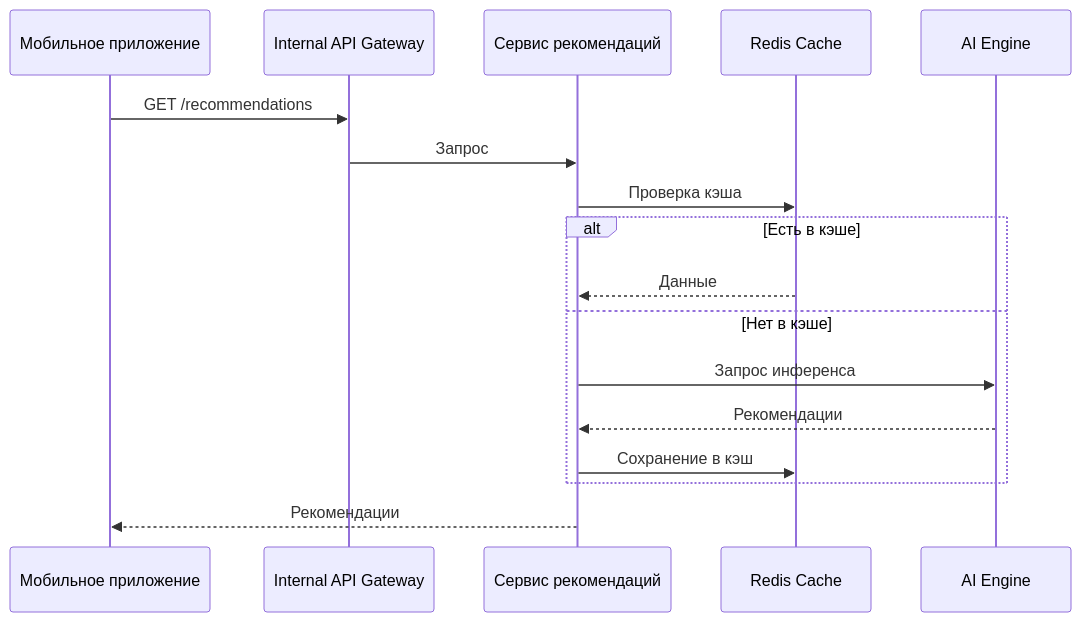
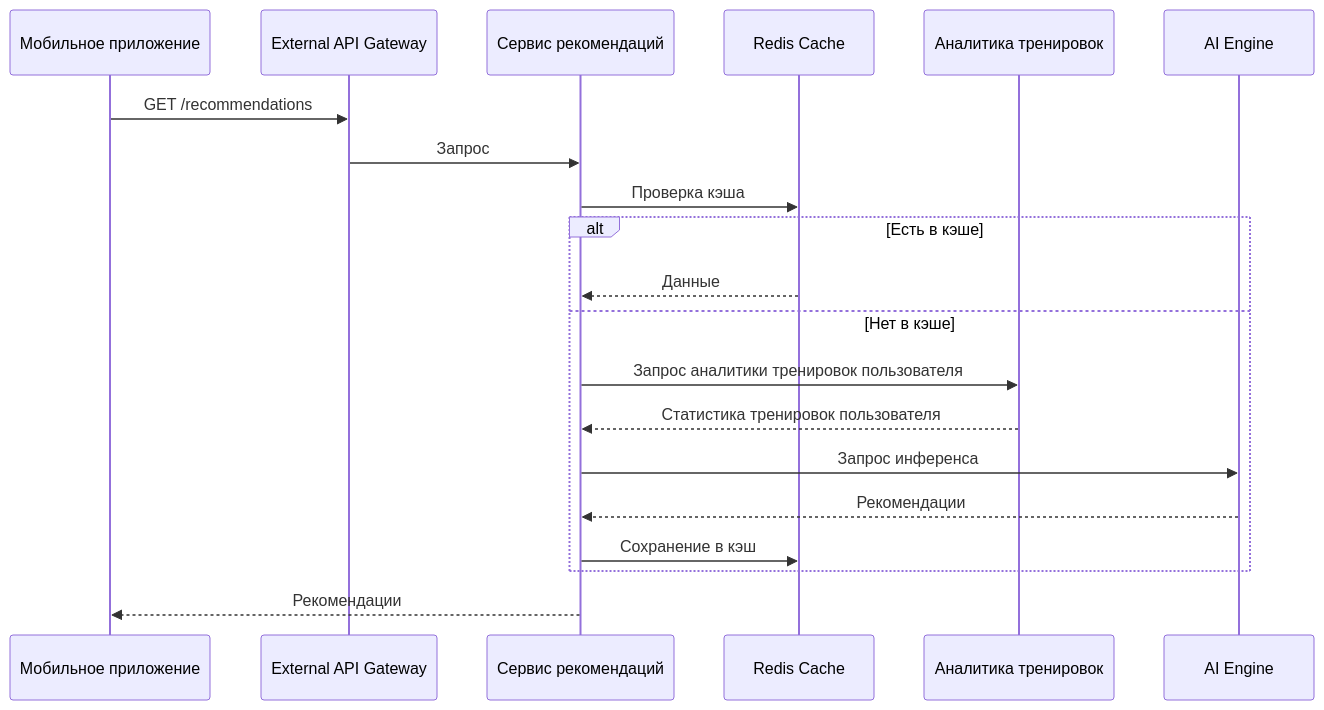
Before and after one commit to andreyantropov/architect-coursework: the diagram in architecture/application-usage-scenarios/personalized-recommendation-getting.md, drawn with Mermaid. The commit also changed 17 other files, not shown here.

````diff
--- a/architecture/application-usage-scenarios/personalized-recommendation-getting.md
+++ b/architecture/application-usage-scenarios/personalized-recommendation-getting.md
@@ -3,20 +3,23 @@
 ```mermaid
 sequenceDiagram
     participant M as Мобильное приложение
-    participant A as Internal API Gateway
+    participant A as External API Gateway
     participant R as Сервис рекомендаций
     participant C as Redis Cache
+    participant TA as Аналитика тренировок
     participant AI as AI Engine
 
     M->>A: GET /recommendations
     A->>R: Запрос
     R->>C: Проверка кэша
     alt Есть в кэше
         C-->>R: Данные
     else Нет в кэше
+        R->>TA: Запрос аналитики тренировок пользователя
+        TA-->>R: Статистика тренировок пользователя
         R->>AI: Запрос инференса
         AI-->>R: Рекомендации
         R->>C: Сохранение в кэш
     end
     R-->>M: Рекомендации
 ```
````
